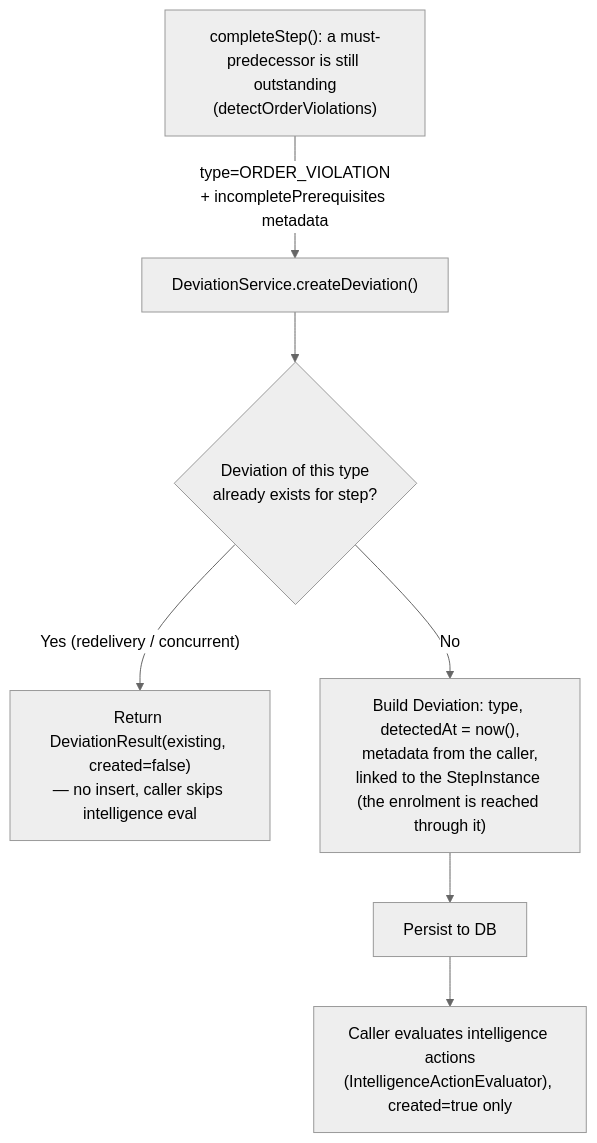
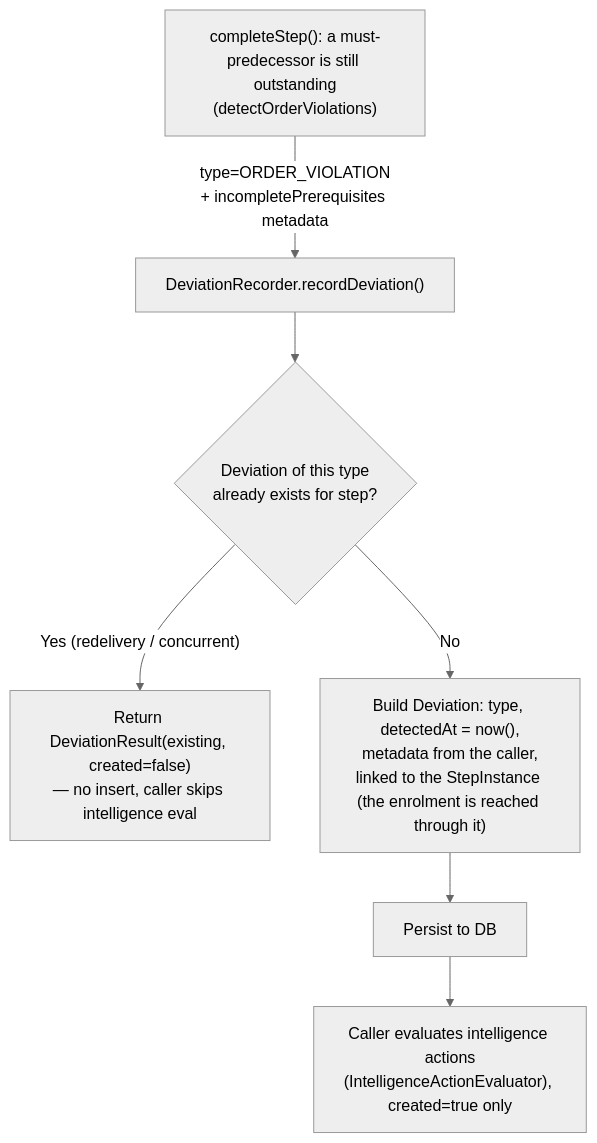
The fifth of 11 diagrams in docs/flow-diagrams.md (Jayaprakash8887/cce-matcher-service), drawn with Mermaid (neutral theme) before and after one commit. The commit also changed other lines of this file and 15 other files, not shown here.

````diff
--- a/docs/flow-diagrams.md
+++ b/docs/flow-diagrams.md
@@ -289,12 +289,12 @@
 ```mermaid
 flowchart TD
     T2["completeStep(): a must-predecessor is still outstanding<br/>(detectOrderViolations)"]
     T2 -->|"type=ORDER_VIOLATION<br/>+ incompletePrerequisites metadata"| RD
 
-    RD["DeviationService.createDeviation()"]
+    RD["DeviationRecorder.recordDeviation()"]
     RD --> DX{"Deviation of this type<br/>already exists for step?"}
     DX -->|"Yes (redelivery / concurrent)"| DXR["Return DeviationResult(existing, created=false)<br/>— no insert, caller skips intelligence eval"]
     DX -->|"No"| D1["Build Deviation: type, detectedAt = now(),<br/>metadata from the caller,<br/>linked to the StepInstance (the enrolment is reached through it)"]
     D1 --> D6["Persist to DB"]
     D6 --> D8["Caller evaluates intelligence actions<br/>(IntelligenceActionEvaluator), created=true only"]
 ```
````
